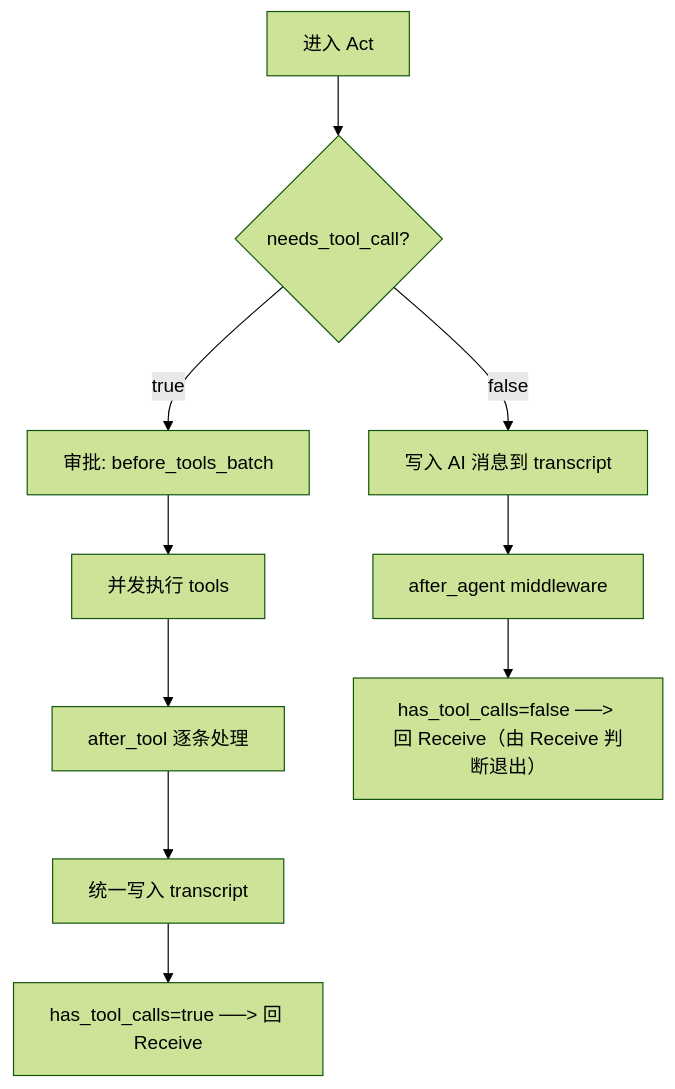
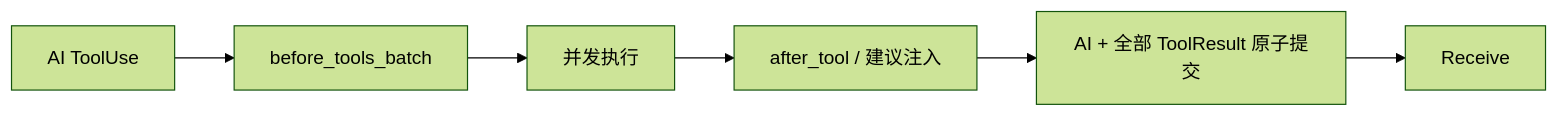
One commit to KonghaYao/peri-cool changed the third of 3 diagrams in src/content/posts/engineering/agent-loop.mdx. Above: the diagram before and after it, drawn with Mermaid (forest theme). The commit also changed other lines of this file and 18 other files, not shown here.

````diff
--- a/src/content/posts/engineering/agent-loop.mdx
+++ b/src/content/posts/engineering/agent-loop.mdx
@@ -195,14 +76,8 @@
 ```mermaid
-flowchart TD
-    A[进入 Act] --> B{needs_tool_call?}
-
-    B -->|true| C[审批: before_tools_batch]
-    C --> D[并发执行 tools]
-    D --> E[after_tool 逐条处理]
-    E --> F[统一写入 transcript]
-    F --> G["has_tool_calls=true ──> 回 Receive"]
-
-    B -->|false| H[写入 AI 消息到 transcript]
-    H --> I[after_agent middleware]
-    I --> J["has_tool_calls=false ──> 回 Receive（由 Receive 判断退出）"]
+flowchart LR
+    AI[AI ToolUse] --> APPROVE[before_tools_batch]
+    APPROVE --> RUN[并发执行]
+    RUN --> POST[after_tool / 建议注入]
+    POST --> COMMIT[AI + 全部 ToolResult 原子提交]
+    COMMIT --> R[Receive]
 ```
````
